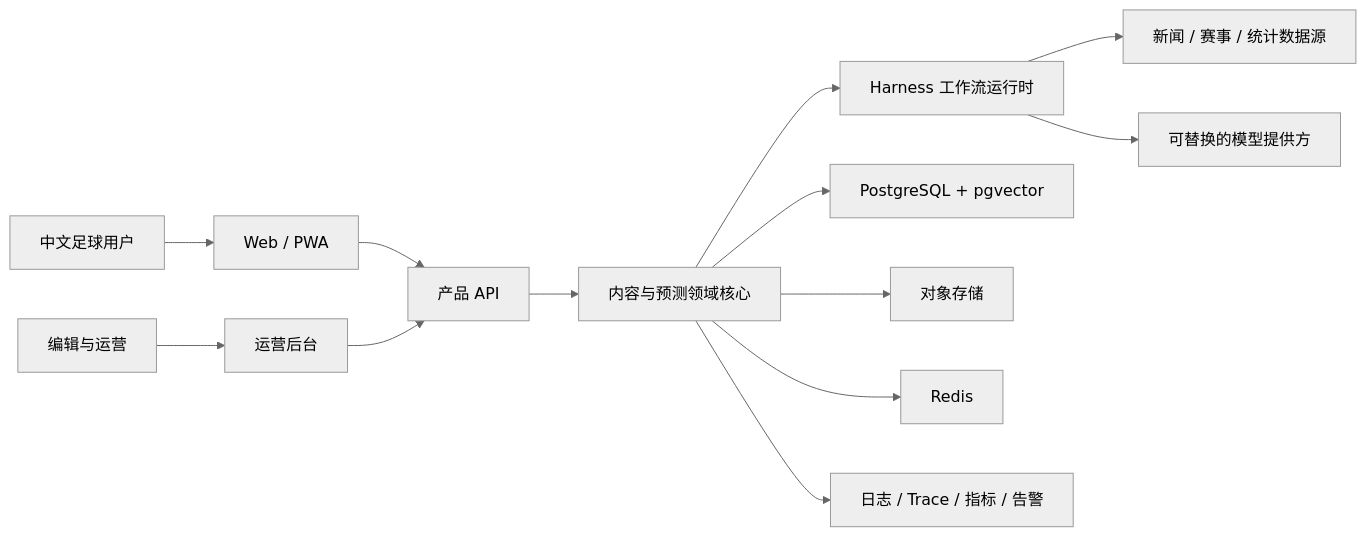
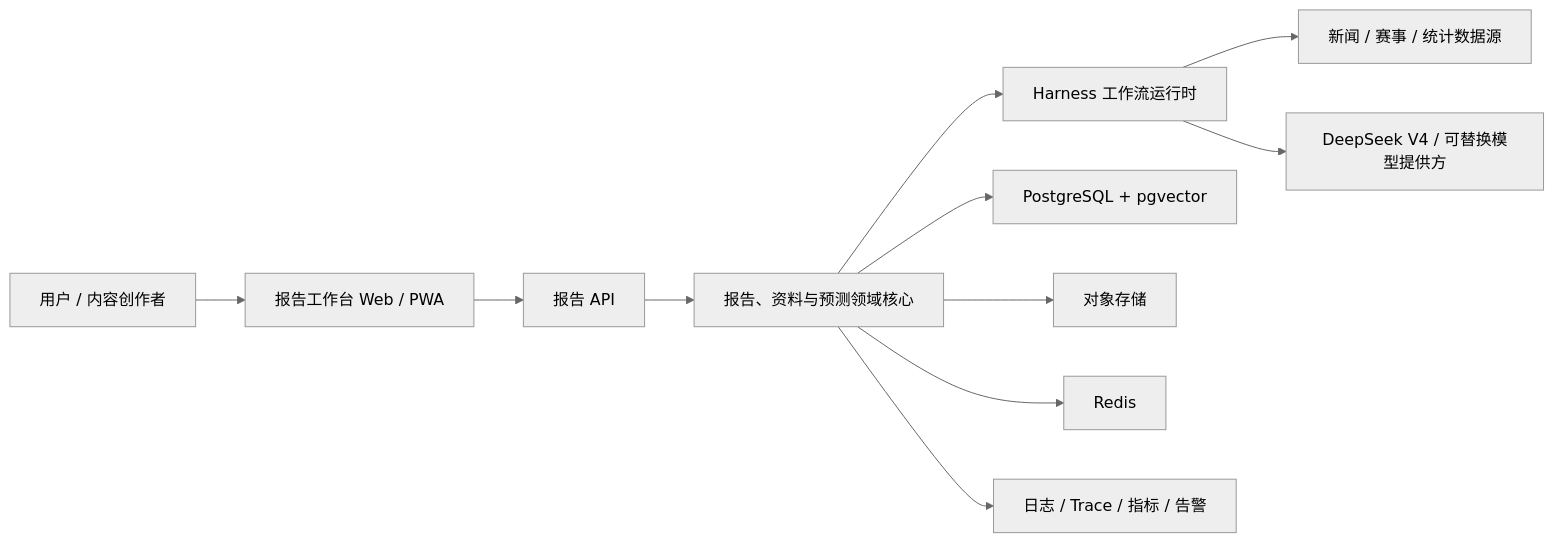
One commit to AlexYin-Tongji/football-ai-harness-loop changed the first of 3 diagrams in docs/architecture/SYSTEM_DESIGN.md. Above: the diagram before and after it, drawn with Mermaid (neutral theme). The commit also changed other lines of this file and 10 other files, not shown here.

````diff
--- a/docs/architecture/SYSTEM_DESIGN.md
+++ b/docs/architecture/SYSTEM_DESIGN.md
@@ -9,15 +9,13 @@
 ```mermaid
 flowchart LR
-    U["中文足球用户"] --> WEB["Web / PWA"]
-    E["编辑与运营"] --> CMS["运营后台"]
-    WEB --> API["产品 API"]
-    CMS --> API
-    API --> CORE["内容与预测领域核心"]
+    U["用户 / 内容创作者"] --> WEB["报告工作台 Web / PWA"]
+    WEB --> API["报告 API"]
+    API --> CORE["报告、资料与预测领域核心"]
     CORE --> HR["Harness 工作流运行时"]
     HR --> SRC["新闻 / 赛事 / 统计数据源"]
-    HR --> LLM["可替换的模型提供方"]
+    HR --> LLM["DeepSeek V4 / 可替换模型提供方"]
     CORE --> DB["PostgreSQL + pgvector"]
     CORE --> OBJ["对象存储"]
     CORE --> CACHE["Redis"]
     CORE --> OBS["日志 / Trace / 指标 / 告警"]
 ```
````
